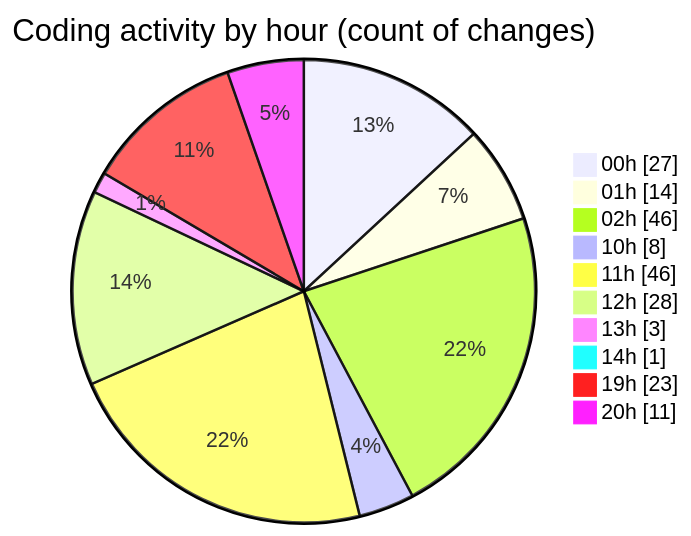
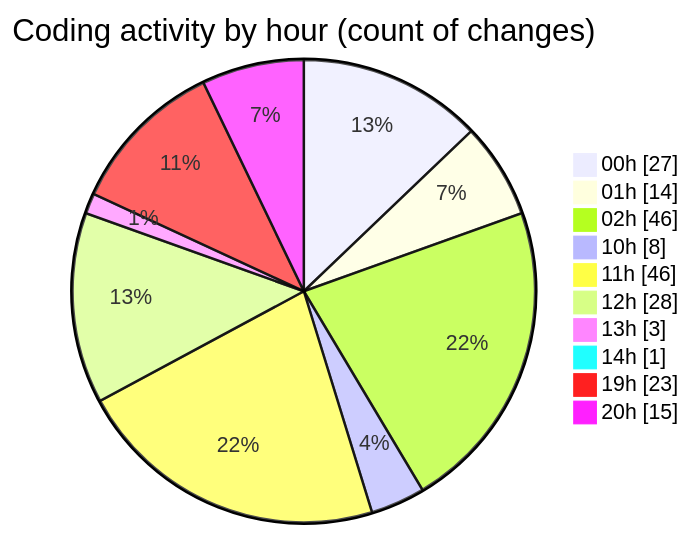
Before and after one commit to lephambinh05/code-tracking: the second of 2 diagrams in 2025-07-17/nhahang/README.md, drawn with Mermaid. The commit also changed other lines of this file and 1 other file, not shown here.

````diff
--- a/2025-07-17/nhahang/README.md
+++ b/2025-07-17/nhahang/README.md
@@ -92,14 +94,14 @@
 ```mermaid
 pie showData
 title Coding activity by hour (count of changes)
 "00h" : 27
 "01h" : 14
 "02h" : 46
 "10h" : 8
 "11h" : 46
 "12h" : 28
 "13h" : 3
 "14h" : 1
 "19h" : 23
-"20h" : 11
+"20h" : 15
 ```
````
